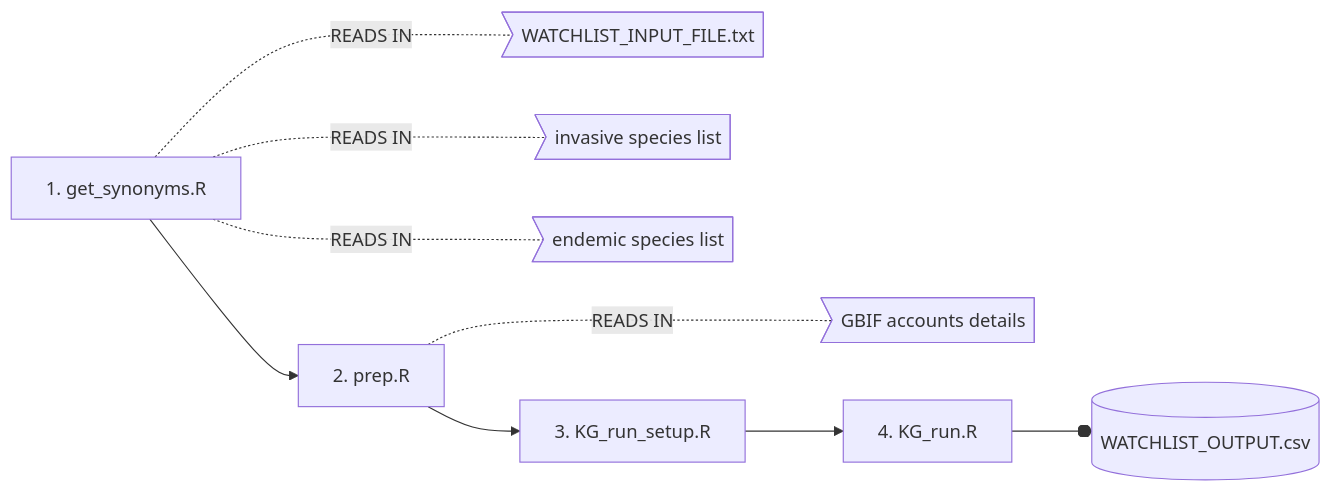
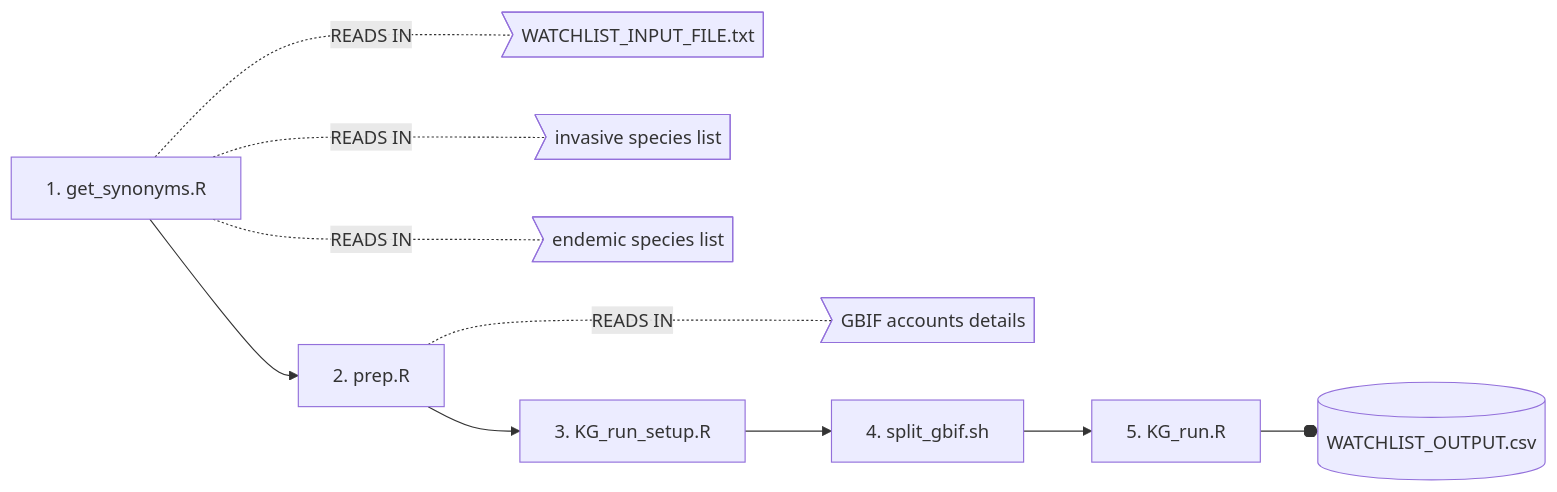
Before and after one commit to clarkevansteenderen/KG_watchlist_parallel: the diagram in README.md, drawn with Mermaid. The commit also changed other lines of this file, not shown here.

````diff
--- a/README.md
+++ b/README.md
@@ -40,9 +40,10 @@
 ```mermaid
   graph LR;
       A[1. get_synonyms.R] --> B[2. prep.R]
       A -..- |READS IN| C>WATCHLIST_INPUT_FILE.txt] & D>invasive species list] & E>endemic species list] 
       B -..- |READS IN| F>GBIF accounts details]
       B --> G[3. KG_run_setup.R]
-      G --> H[4. KG_run.R]
-      H--o K[(WATCHLIST_OUTPUT.csv)]
+      G --> H[4. split_gbif.sh]
+      H --> I[5. KG_run.R]
+      I--o J[(WATCHLIST_OUTPUT.csv)]
 ```
````
